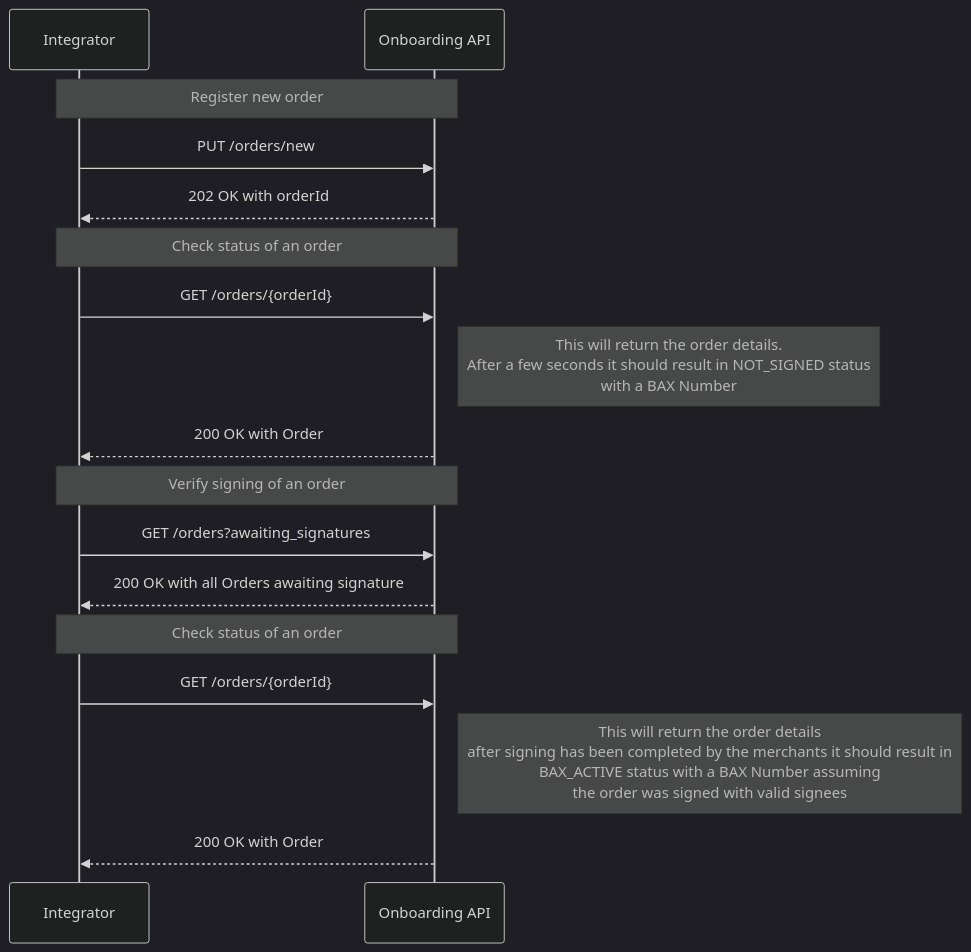
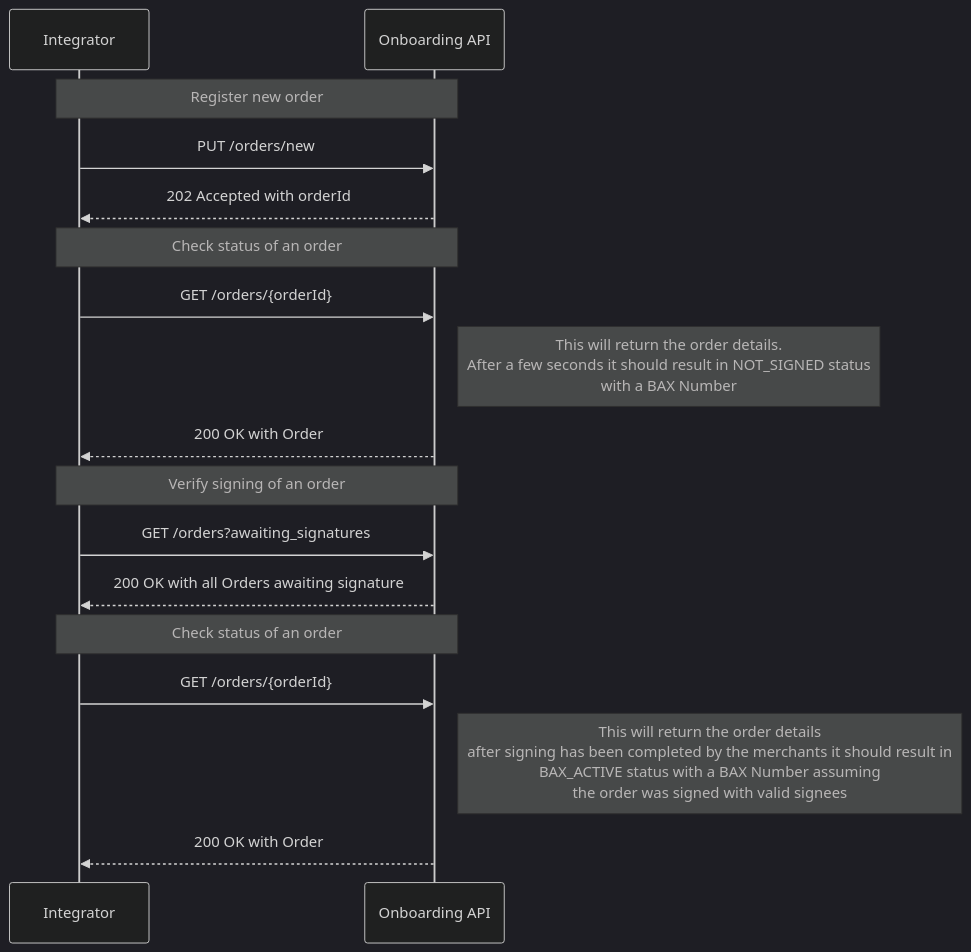
Before and after one commit to BankAxept/bankaxept-onboarding-external-documentation: the first of 2 diagrams in docs/prod_flows.md, drawn with Mermaid (dark theme). The commit also changed other lines of this file and 1 other file, not shown here.

Commit message:
Accepted

````diff
--- a/docs/prod_flows.md
+++ b/docs/prod_flows.md
@@ -5,23 +5,23 @@
 ```mermaid
 sequenceDiagram
 participant I as Integrator
 participant O as Onboarding API
 
 note over I, O: Register new order
 I ->> O: PUT /orders/new
-O -->> I: 202 OK with orderId
+O -->> I: 202 Accepted with orderId
 
 note over I, O: Check status of an order
 I ->> O : GET /orders/{orderId}
 note right of O: This will return the order details. <br/> After a few seconds it should result in NOT_SIGNED status <br/> with a BAX Number
 O -->> I: 200 OK with Order
 
 note over I, O: Verify signing of an order
 I ->> O: GET /orders?awaiting_signatures
 O -->> I: 200 OK with all Orders awaiting signature
 
 note over I, O: Check status of an order
 I ->> O : GET /orders/{orderId}
 note right of O: This will return the order details <br/> after signing has been completed by the merchants it should result in <br/> BAX_ACTIVE status with a BAX Number assuming <br/> the order was signed with valid signees
 O -->> I: 200 OK with Order
 ```
````
